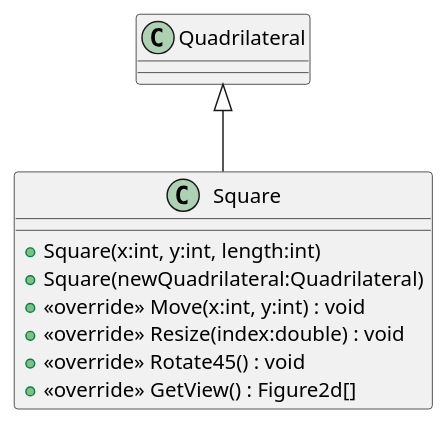
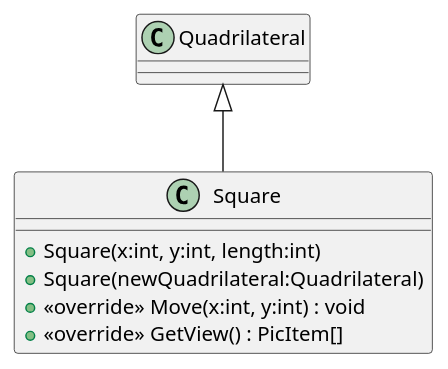
Before and after one commit to 19vano97/levelUpOOP: the diagram in plantuml/20240701_HW_Inheritence/Square.puml, drawn with PlantUML. The commit also changed 32 other files, not shown here.

```diff
--- a/plantuml/20240701_HW_Inheritence/Square.puml
+++ b/plantuml/20240701_HW_Inheritence/Square.puml
@@ -1,11 +1,9 @@
 @startuml
 class Square {
     + Square(x:int, y:int, length:int)
     + Square(newQuadrilateral:Quadrilateral)
     + <<override>> Move(x:int, y:int) : void
-    + <<override>> Resize(index:double) : void
-    + <<override>> Rotate45() : void
-    + <<override>> GetView() : Figure2d[]
+    + <<override>> GetView() : PicItem[]
 }
 Quadrilateral <|-- Square
 @enduml
```
